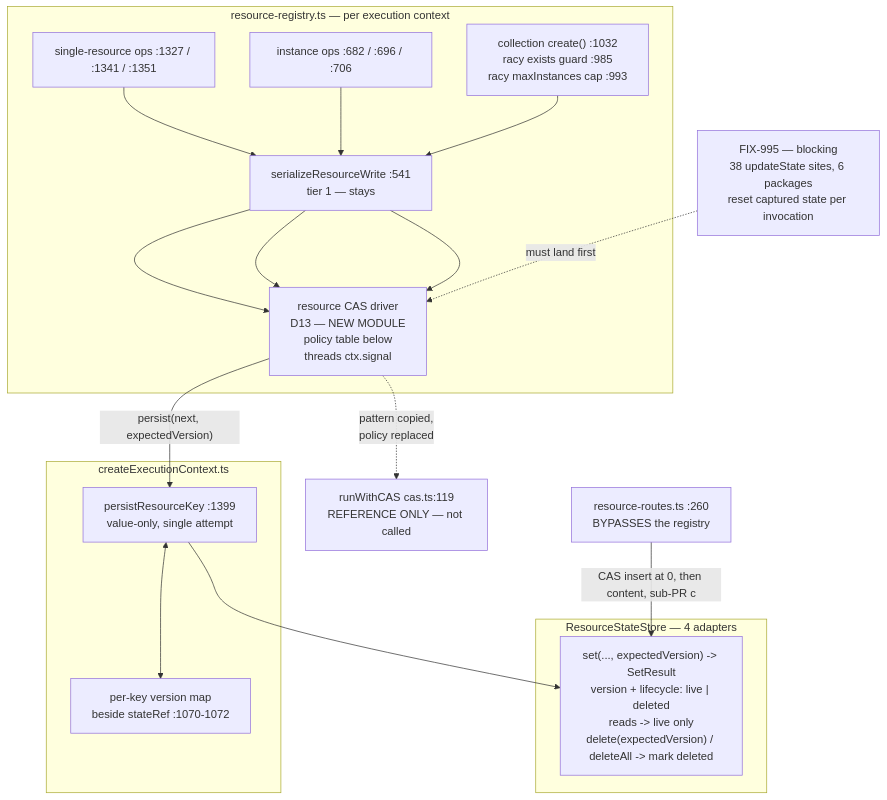
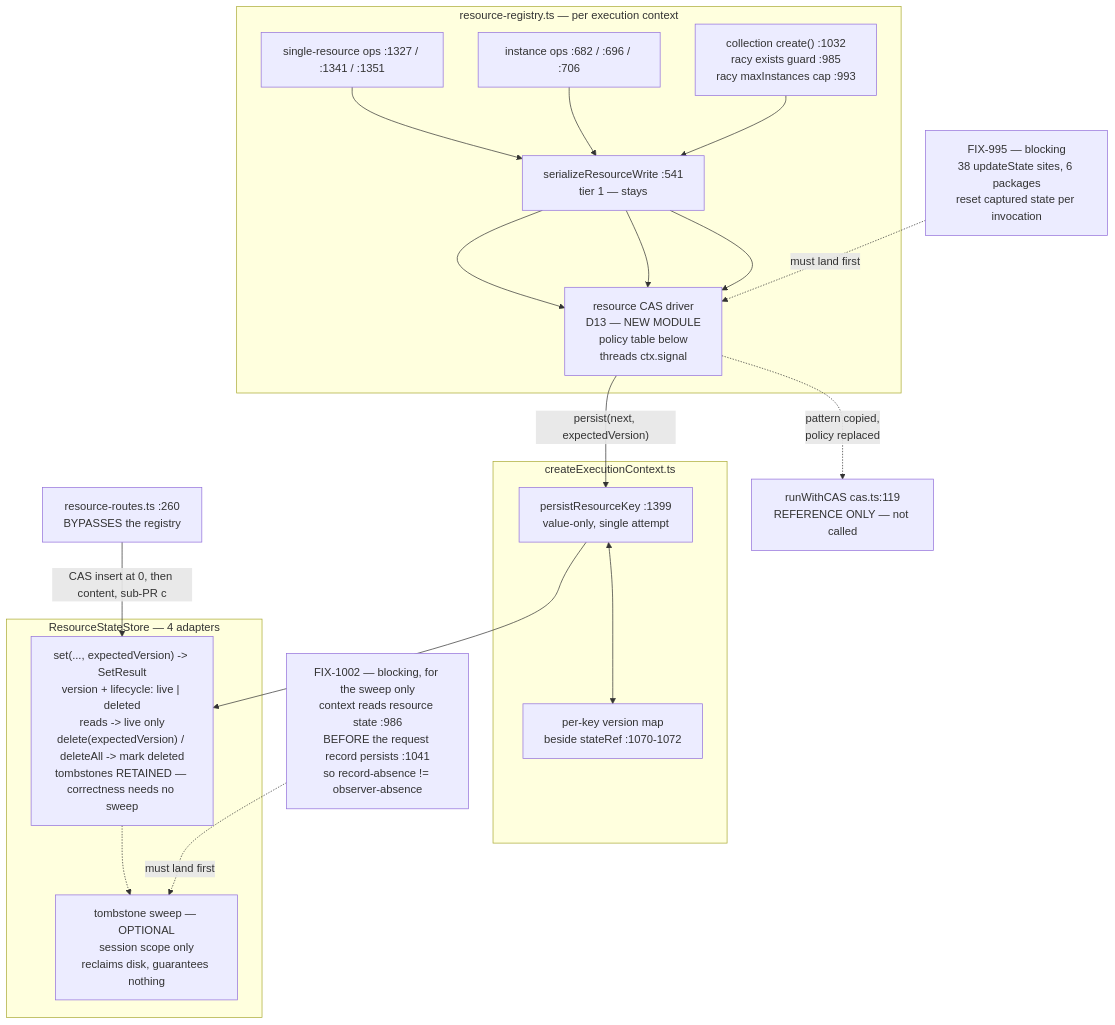
Before and after one commit to fixpoint-labs/flow-state-dev: the diagram in docs/specs/FIX-992.md, drawn with Mermaid. The commit also changed other lines of this file, not shown here.

````diff
--- a/docs/specs/FIX-992.md
+++ b/docs/specs/FIX-992.md
@@ -198,29 +218,33 @@
 ```mermaid
 flowchart TD
     F995["FIX-995 — blocking<br/>38 updateState sites, 6 packages<br/>reset captured state per invocation"]
     subgraph reg["resource-registry.ts — per execution context"]
       A1["single-resource ops :1327 / :1341 / :1351"]
       A2["instance ops :682 / :696 / :706"]
       A3["collection create() :1032<br/>racy exists guard :985<br/>racy maxInstances cap :993"]
       Q["serializeResourceWrite :541<br/>tier 1 — stays"]
       CAS["resource CAS driver<br/>D13 — NEW MODULE<br/>policy table below<br/>threads ctx.signal"]
       A1 --> Q --> CAS
       A2 --> Q --> CAS
       A3 --> Q --> CAS
     end
     F995 -.->|"must land first"| CAS
     subgraph ctx["createExecutionContext.ts"]
       CP["persistResourceKey :1399<br/>value-only, single attempt"]
       VC["per-key version map<br/>beside stateRef :1070-1072"]
       CP <--> VC
     end
     CAS -->|"persist(next, expectedVersion)"| CP
     R["resource-routes.ts :260<br/>BYPASSES the registry"]
     subgraph store["ResourceStateStore — 4 adapters"]
-      S["set(..., expectedVersion) -> SetResult<br/>version + lifecycle: live | deleted<br/>reads -> live only<br/>delete(expectedVersion) / deleteAll -> mark deleted"]
+      S["set(..., expectedVersion) -> SetResult<br/>version + lifecycle: live | deleted<br/>reads -> live only<br/>delete(expectedVersion) / deleteAll -> mark deleted<br/>tombstones RETAINED — correctness needs no sweep"]
+      SW["tombstone sweep — OPTIONAL<br/>session scope only<br/>reclaims disk, guarantees nothing"]
+      S -.-> SW
     end
+    F1002["FIX-1002 — blocking, for the sweep only<br/>context reads resource state :986<br/>BEFORE the request record persists :1041<br/>so record-absence != observer-absence"]
+    F1002 -.->|"must land first"| SW
     CP --> S
     R -->|"CAS insert at 0, then content, sub-PR c"| S
     REF["runWithCAS cas.ts:119<br/>REFERENCE ONLY — not called"]
     CAS -.->|"pattern copied,<br/>policy replaced"| REF
 ```
````
